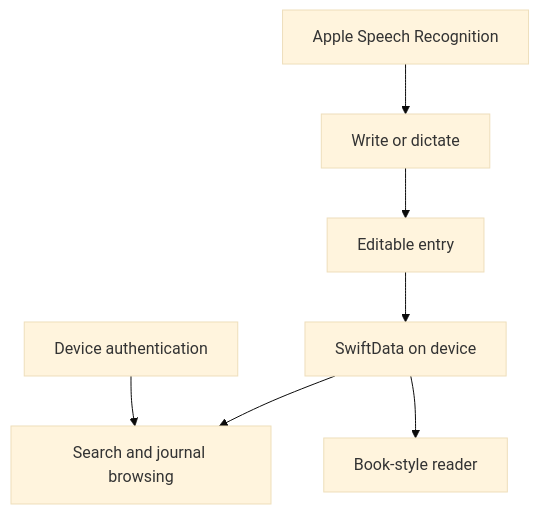
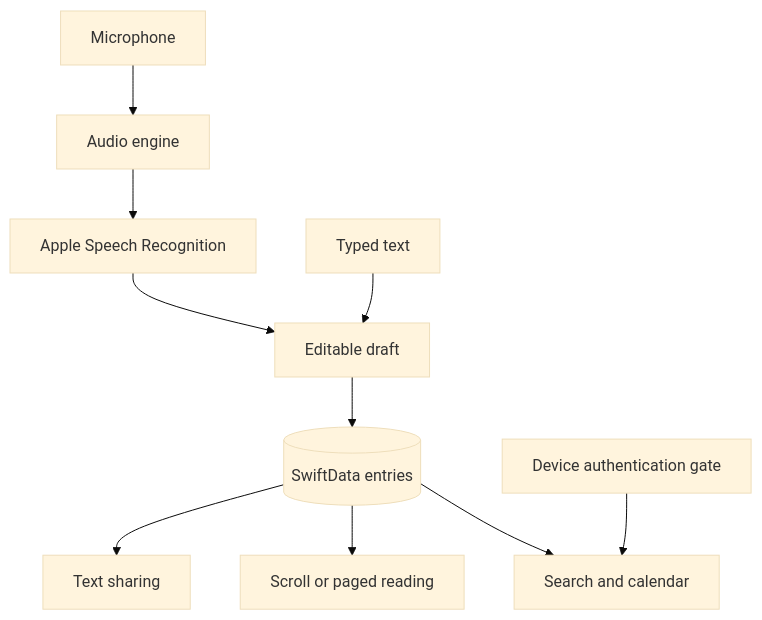
The diagram in docs/ENGINEERING.md (Zodomik/whispr-journal-showcase), drawn with Mermaid (base theme) before and after one commit. The commit also changed other lines of this file and 3 other files, not shown here.

Commit message:
Document architecture, data models and implementation details

````diff
--- a/docs/ENGINEERING.md
+++ b/docs/ENGINEERING.md
@@ -7,9 +18,12 @@
 ```mermaid
 flowchart TD
-A[Write or dictate] --> B[Editable entry]
-B --> C[SwiftData on device]
-C --> D[Search and journal browsing]
-C --> E[Book-style reader]
-F[Device authentication] --> D
-G[Apple Speech Recognition] --> A
+    Mic[Microphone] --> Engine[Audio engine]
+    Engine --> Speech[Apple Speech Recognition]
+    Speech --> Draft[Editable draft]
+    Keyboard[Typed text] --> Draft
+    Draft --> Store[(SwiftData entries)]
+    Store --> Browse[Search and calendar]
+    Store --> Read[Scroll or paged reading]
+    Store --> Share[Text sharing]
+    Lock[Device authentication gate] --> Browse
 ```
````
